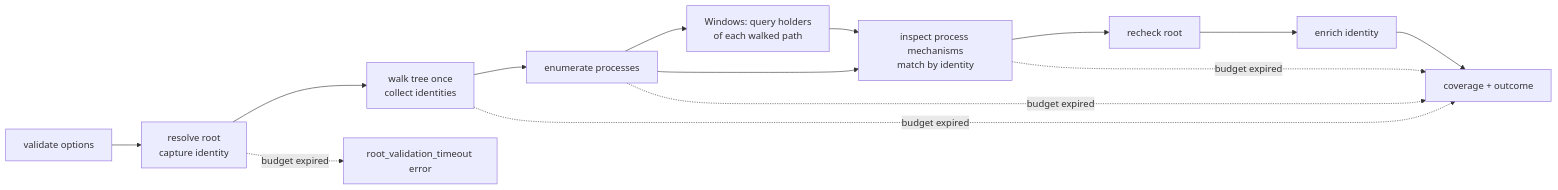
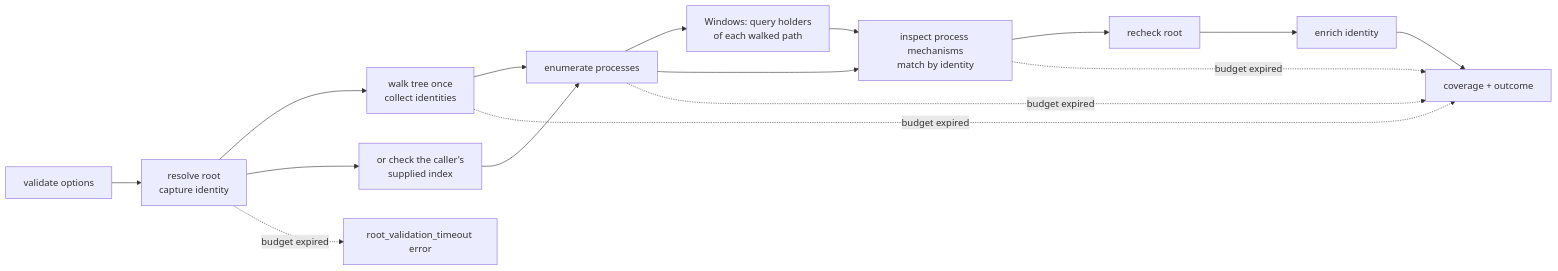
The first of 2 diagrams in sniff/docs/topics/filesystem-query.md (yankeeinlondon/rusty-biscuit), drawn with Mermaid before and after one commit. The commit also changed other lines of this file and 17 other files, not shown here.

````diff
--- a/sniff/docs/topics/filesystem-query.md
+++ b/sniff/docs/topics/filesystem-query.md
@@ -31,16 +31,18 @@
 ```mermaid
 flowchart LR
     A[validate options] --> B[resolve root<br/>capture identity]
     B --> C[walk tree once<br/>collect identities]
+    B --> S[or check the caller's<br/>supplied index]
     C --> D[enumerate processes]
+    S --> D
     D --> P[Windows: query holders<br/>of each walked path]
     P --> E[inspect process mechanisms<br/>match by identity]
     D --> E
     E --> F[recheck root]
     F --> G[enrich identity]
     G --> H[coverage + outcome]
     B -. budget expired .-> X[root_validation_timeout error]
     C -. budget expired .-> H
     D -. budget expired .-> H
     E -. budget expired .-> H
 ```
````
